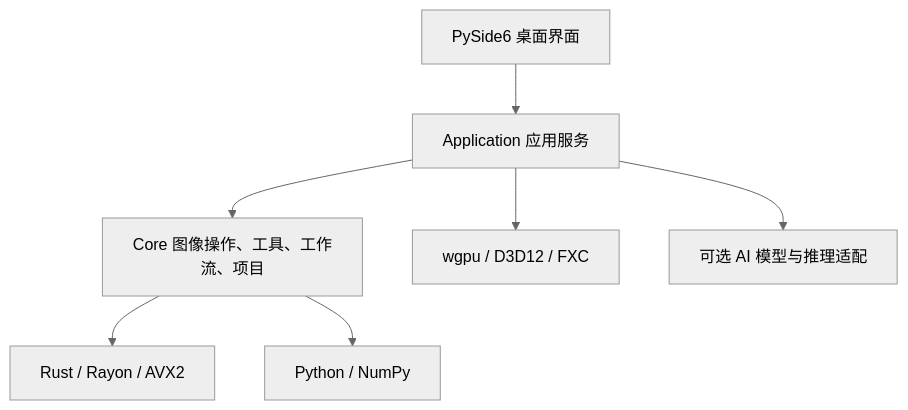
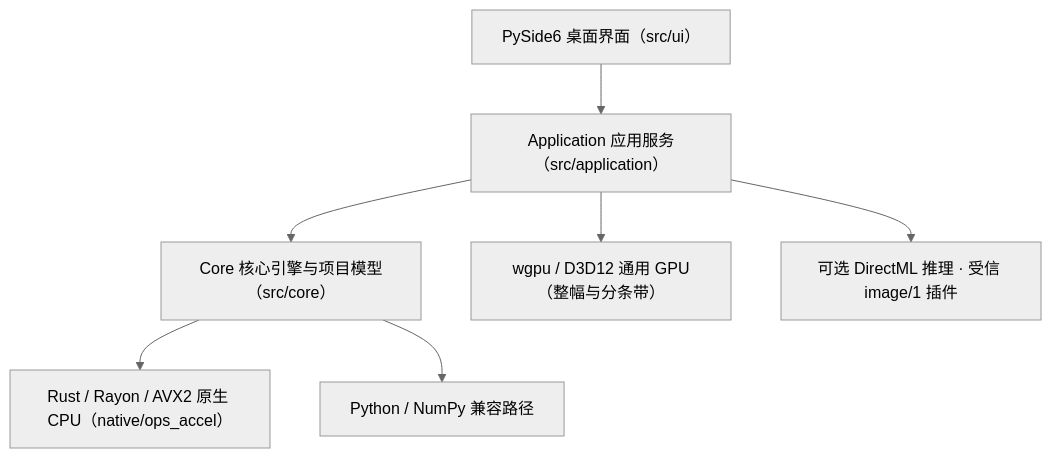
Before and after one commit to KpTanl/OpenPictureStudio: the first of 2 diagrams in open-docs/architecture.md, drawn with Mermaid (neutral theme). The commit also changed other lines of this file and 35 other files, not shown here.

````diff
--- a/open-docs/architecture.md
+++ b/open-docs/architecture.md
@@ -11,9 +11,9 @@
 ```mermaid
 flowchart TD
-    UI[PySide6 桌面界面] --> APP[Application 应用服务]
-    APP --> CORE[Core 图像操作、工具、工作流、项目]
-    CORE --> CPU[Rust / Rayon / AVX2]
-    APP --> GPU[wgpu / D3D12 / FXC]
-    CORE --> PY[Python / NumPy]
-    APP --> AI[可选 AI 模型与推理适配]
+    UI["PySide6 桌面界面（src/ui）"] --> APP["Application 应用服务（src/application）"]
+    APP --> CORE["Core 核心引擎与项目模型（src/core）"]
+    APP --> GPU["wgpu / D3D12 通用 GPU（整幅与分条带）"]
+    APP --> AI["可选 DirectML 推理 · 受信 image/1 插件"]
+    CORE --> CPU["Rust / Rayon / AVX2 原生 CPU（native/ops_accel）"]
+    CORE --> PY["Python / NumPy 兼容路径"]
 ```
````
